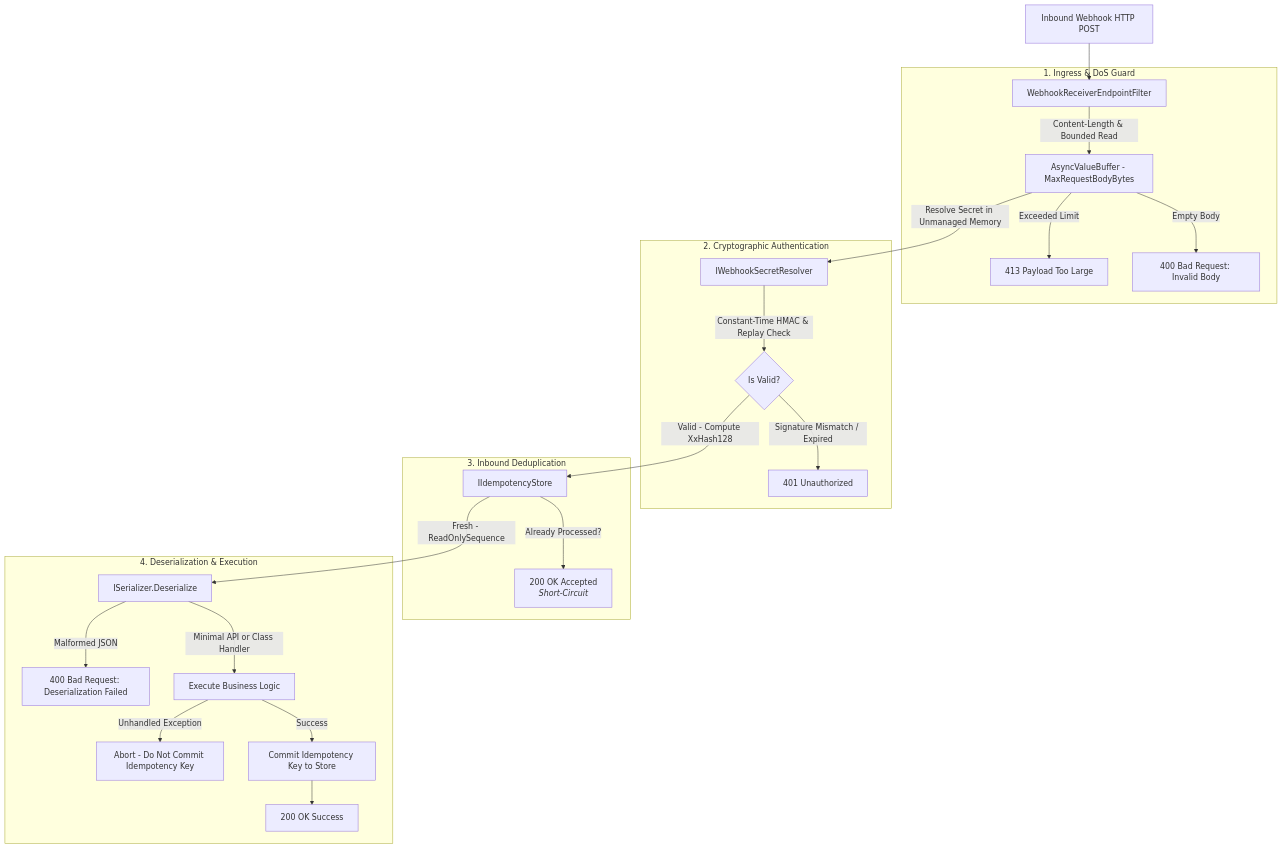
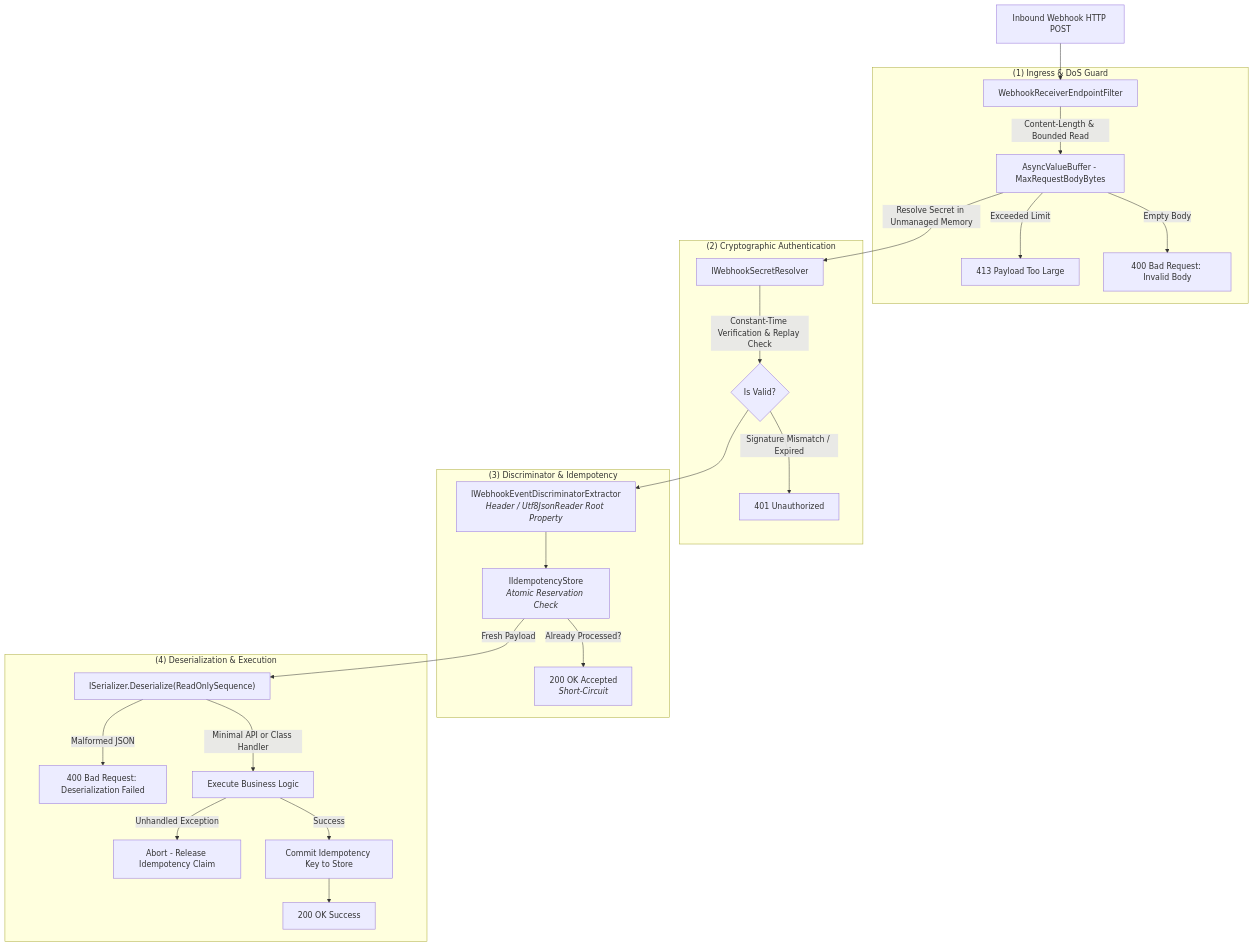
The diagram in src/Webhooks/Wiaoj.Webhooks.AspNetCore/README.md (wiaoj/libraries), drawn with Mermaid before and after one commit. The commit also changed other lines of this file and 309 other files, not shown here.

````diff
--- a/src/Webhooks/Wiaoj.Webhooks.AspNetCore/README.md
+++ b/src/Webhooks/Wiaoj.Webhooks.AspNetCore/README.md
@@ -31,30 +38,31 @@
 ```mermaid
 flowchart TD
-    Req[Inbound Webhook HTTP POST] --> Filter[WebhookReceiverEndpointFilter]
+    Req["Inbound Webhook HTTP POST"] --> Filter["WebhookReceiverEndpointFilter"]
 
-    subgraph Phase1["1. Ingress & DoS Guard"]
-        Filter -->|Content-Length & Bounded Read| Stream[AsyncValueBuffer - MaxRequestBodyBytes]
-        Stream -->|Exceeded Limit| R413[413 Payload Too Large]
-        Stream -->|Empty Body| R400B[400 Bad Request: Invalid Body]
+    subgraph Phase1["(1) Ingress & DoS Guard"]
+        Filter -->|Content-Length & Bounded Read| Stream["AsyncValueBuffer - MaxRequestBodyBytes"]
+        Stream -->|Exceeded Limit| R413["413 Payload Too Large"]
+        Stream -->|Empty Body| R400B["400 Bad Request: Invalid Body"]
     end
 
-    subgraph Phase2["2. Cryptographic Authentication"]
-        Stream -->|Resolve Secret in Unmanaged Memory| Resolver[IWebhookSecretResolver]
-        Resolver -->|Constant-Time HMAC & Replay Check| Verify{Is Valid?}
-        Verify -->|Signature Mismatch / Expired| R401[401 Unauthorized]
+    subgraph Phase2["(2) Cryptographic Authentication"]
+        Stream -->|Resolve Secret in Unmanaged Memory| Resolver["IWebhookSecretResolver"]
+        Resolver -->|Constant-Time Verification & Replay Check| Verify{Is Valid?}
+        Verify -->|Signature Mismatch / Expired| R401["401 Unauthorized"]
     end
 
-    subgraph Phase3["3. Inbound Deduplication"]
-        Verify -->|Valid - Compute XxHash128| Dedup[IIdempotencyStore]
-        Dedup -->|Already Processed?| R200Dup[200 OK Accepted<br/><i>Short-Circuit</i>]
+    subgraph Phase3["(3) Discriminator & Idempotency"]
+        Verify --> Extractor["IWebhookEventDiscriminatorExtractor<br/><i>Header / Utf8JsonReader Root Property</i>"]
+        Extractor --> Dedup["IIdempotencyStore<br/><i>Atomic Reservation Check</i>"]
+        Dedup -->|Already Processed?| R200Dup["200 OK Accepted<br/><i>Short-Circuit</i>"]
     end
 
-    subgraph Phase4["4. Deserialization & Execution"]
-        Dedup -->|Fresh - ReadOnlySequence| Deser[ISerializer.Deserialize]
-        Deser -->|Malformed JSON| R400D[400 Bad Request: Deserialization Failed]
-        Deser -->|Minimal API or Class Handler| Exec[Execute Business Logic]
-        Exec -->|Unhandled Exception| Rollback[Abort - Do Not Commit Idempotency Key]
-        Exec -->|Success| Commit[Commit Idempotency Key to Store]
-        Commit --> R200OK[200 OK Success]
+    subgraph Phase4["(4) Deserialization & Execution"]
+        Dedup -->|Fresh Payload| Deser["ISerializer.Deserialize(ReadOnlySequence)"]
+        Deser -->|Malformed JSON| R400D["400 Bad Request: Deserialization Failed"]
+        Deser -->|Minimal API or Class Handler| Exec["Execute Business Logic"]
+        Exec -->|Unhandled Exception| Rollback["Abort - Release Idempotency Claim"]
+        Exec -->|Success| Commit["Commit Idempotency Key to Store"]
+        Commit --> R200OK["200 OK Success"]
     end
 ```
````
